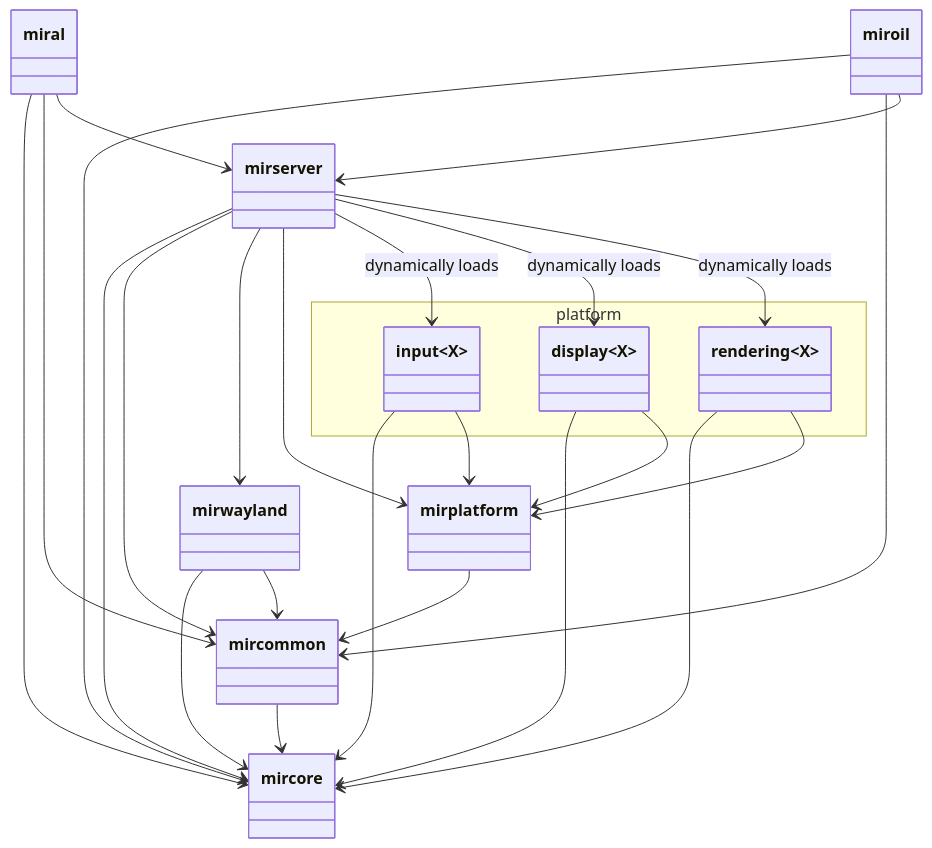
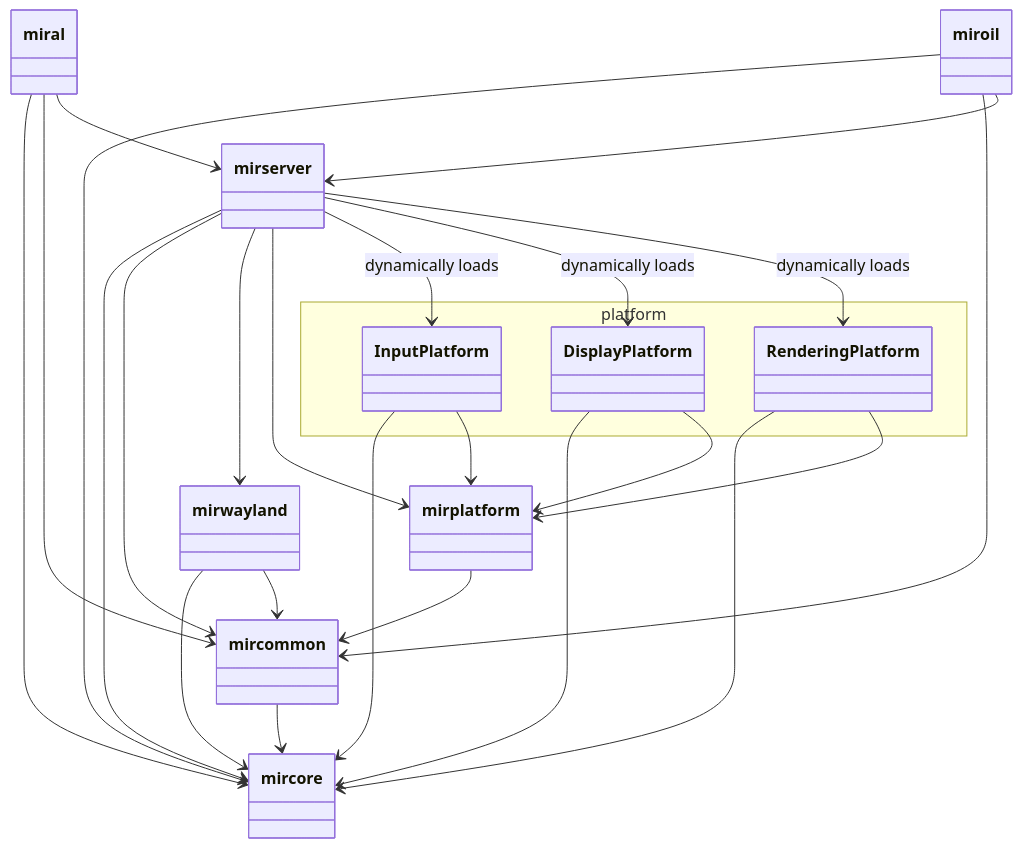
The diagram in doc/sphinx/explanation/libraries.mmd (canonical/mir), drawn with Mermaid before and after one commit.

Commit message:
More mermaid stuff that doesn't work on RTD

```diff
--- a/doc/sphinx/explanation/libraries.mmd
+++ b/doc/sphinx/explanation/libraries.mmd
@@ -1,35 +1,35 @@
 classDiagram
     mircommon --> mircore
     mirwayland --> mircore
     miral --> mircore
     miroil --> mircore
     mirserver --> mircore
-    input~X~ --> mircore
-    display~X~ --> mircore
-    rendering~X~ --> mircore
+    InputPlatform --> mircore
+    DisplayPlatform --> mircore
+    RenderingPlatform --> mircore
 
     mirwayland --> mircommon
     mirserver --> mircommon
     miral --> mircommon
     miroil --> mircommon
     mirplatform --> mircommon
 
     mirserver --> mirwayland
 
     mirserver --> mirplatform
-    input~X~ --> mirplatform
-    display~X~ --> mirplatform
-    rendering~X~ --> mirplatform
+    InputPlatform --> mirplatform
+    DisplayPlatform --> mirplatform
+    RenderingPlatform --> mirplatform
 
-    mirserver --> input~X~: dynamically loads
-    mirserver --> display~X~: dynamically loads
-    mirserver --> rendering~X~: dynamically loads
+    mirserver --> InputPlatform: dynamically loads
+    mirserver --> DisplayPlatform: dynamically loads
+    mirserver --> RenderingPlatform: dynamically loads
 
     miral --> mirserver
     miroil --> mirserver
 
     namespace platform {
-        class input~X~
-        class display~X~
-        class rendering~X~
+        class InputPlatform
+        class DisplayPlatform
+        class RenderingPlatform
     }
```
